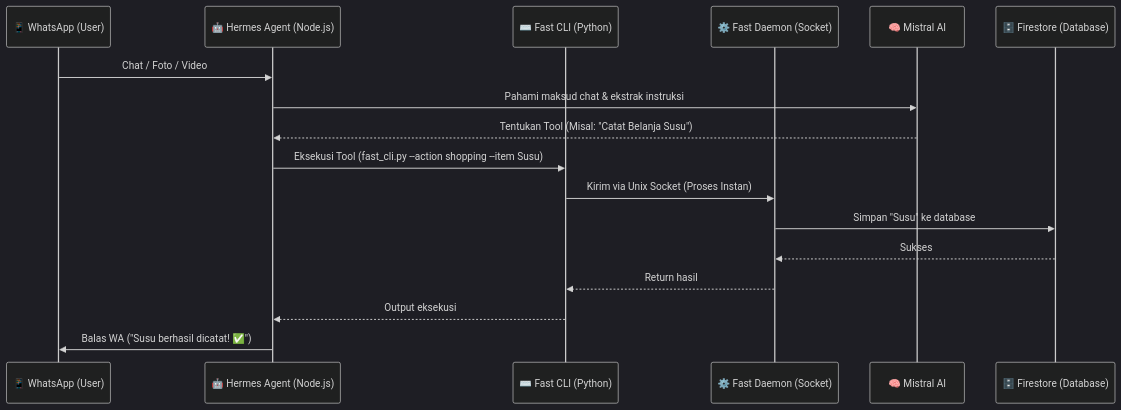
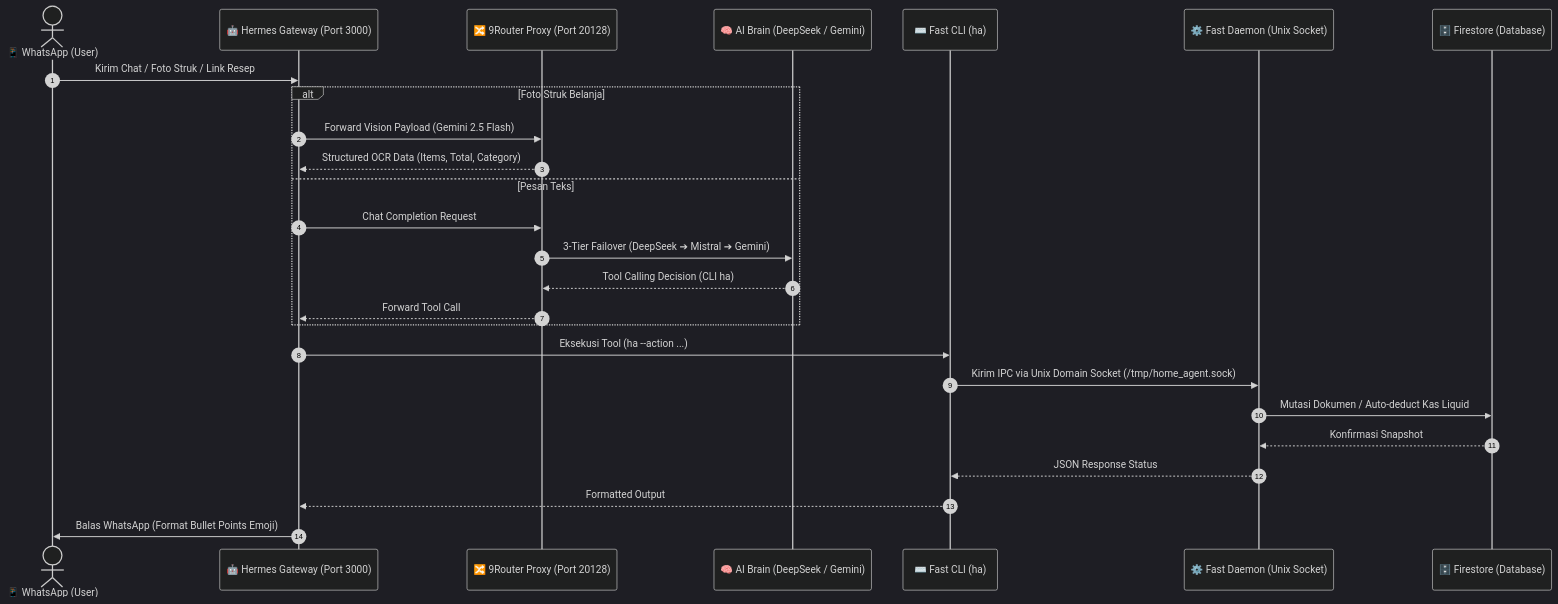
One commit to cantikapf/home-agent-template changed the first of 4 diagrams in README.md. Above: the diagram before and after it, drawn with Mermaid (dark theme). The commit also changed other lines of this file and 74 other files, not shown here.

Commit message:
feat: release v2.0 update with Next.js web dashboard, 4 workflow diagrams, 3-tier AI failover, and zero-budgeting

````diff
--- a/README.md
+++ b/README.md
@@ -38,20 +53,29 @@
 ```mermaid
 sequenceDiagram
-    participant User as 📱 WhatsApp (User)
-    participant Hermes as 🤖 Hermes Agent (Node.js)
-    participant CLI as ⌨️ Fast CLI (Python)
-    participant Daemon as ⚙️ Fast Daemon (Socket)
-    participant Mistral as 🧠 Mistral AI
-    participant Firebase as 🗄️ Firestore (Database)
+    autonumber
+    actor User as 📱 WhatsApp (User)
+    participant GW as 🤖 Hermes Gateway (Port 3000)
+    participant Router as 🔀 9Router Proxy (Port 20128)
+    participant LLM as 🧠 AI Brain (DeepSeek / Gemini)
+    participant CLI as ⌨️ Fast CLI (ha)
+    participant Daemon as ⚙️ Fast Daemon (Unix Socket)
+    participant DB as 🗄️ Firestore (Database)
 
-    User->>Hermes: Chat / Foto / Video
-    Hermes->>Mistral: Pahami maksud chat & ekstrak instruksi
-    Mistral-->>Hermes: Tentukan Tool (Misal: "Catat Belanja Susu")
-    Hermes->>CLI: Eksekusi Tool (fast_cli.py --action shopping --item Susu)
-    CLI->>Daemon: Kirim via Unix Socket (Proses Instan)
-    Daemon->>Firebase: Simpan "Susu" ke database
-    Firebase-->>Daemon: Sukses
-    Daemon-->>CLI: Return hasil
-    CLI-->>Hermes: Output eksekusi
-    Hermes->>User: Balas WA ("Susu berhasil dicatat! ✅")
+    User->>GW: Kirim Chat / Foto Struk / Link Resep
+    alt Foto Struk Belanja
+        GW->>Router: Forward Vision Payload (Gemini 2.5 Flash)
+        Router-->>GW: Structured OCR Data (Items, Total, Category)
+    else Pesan Teks
+        GW->>Router: Chat Completion Request
+        Router->>LLM: 3-Tier Failover (DeepSeek ➔ Mistral ➔ Gemini)
+        LLM-->>Router: Tool Calling Decision (CLI ha)
+        Router-->>GW: Forward Tool Call
+    end
+    GW->>CLI: Eksekusi Tool (ha --action ...)
+    CLI->>Daemon: Kirim IPC via Unix Domain Socket (/tmp/home_agent.sock)
+    Daemon->>DB: Mutasi Dokumen / Auto-deduct Kas Liquid
+    DB-->>Daemon: Konfirmasi Snapshot
+    Daemon-->>CLI: JSON Response Status
+    CLI-->>GW: Formatted Output
+    GW->>User: Balas WhatsApp (Format Bullet Points Emoji)
 ```
````
